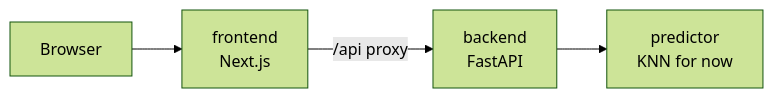
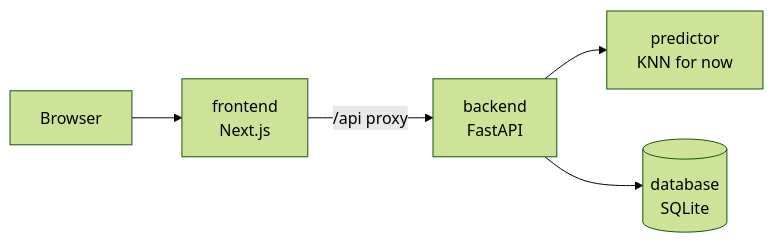
Before and after one commit to muhammadov-q/team4: the diagram in docs/architecture/overview.md, drawn with Mermaid (forest theme). The commit also changed other lines of this file and 23 other files, not shown here.

Commit message:
feat(backend): add a SQLite database with users and sign-in sessions (#37)

````diff
--- a/docs/architecture/overview.md
+++ b/docs/architecture/overview.md
@@ -5,6 +5,7 @@
 ```mermaid
 flowchart LR
     Browser --> Frontend["frontend<br/>Next.js"]
     Frontend -->|"/api proxy"| Backend["backend<br/>FastAPI"]
     Backend --> Predictor["predictor<br/>KNN for now"]
+    Backend --> Database[("database<br/>SQLite")]
 ```
````
